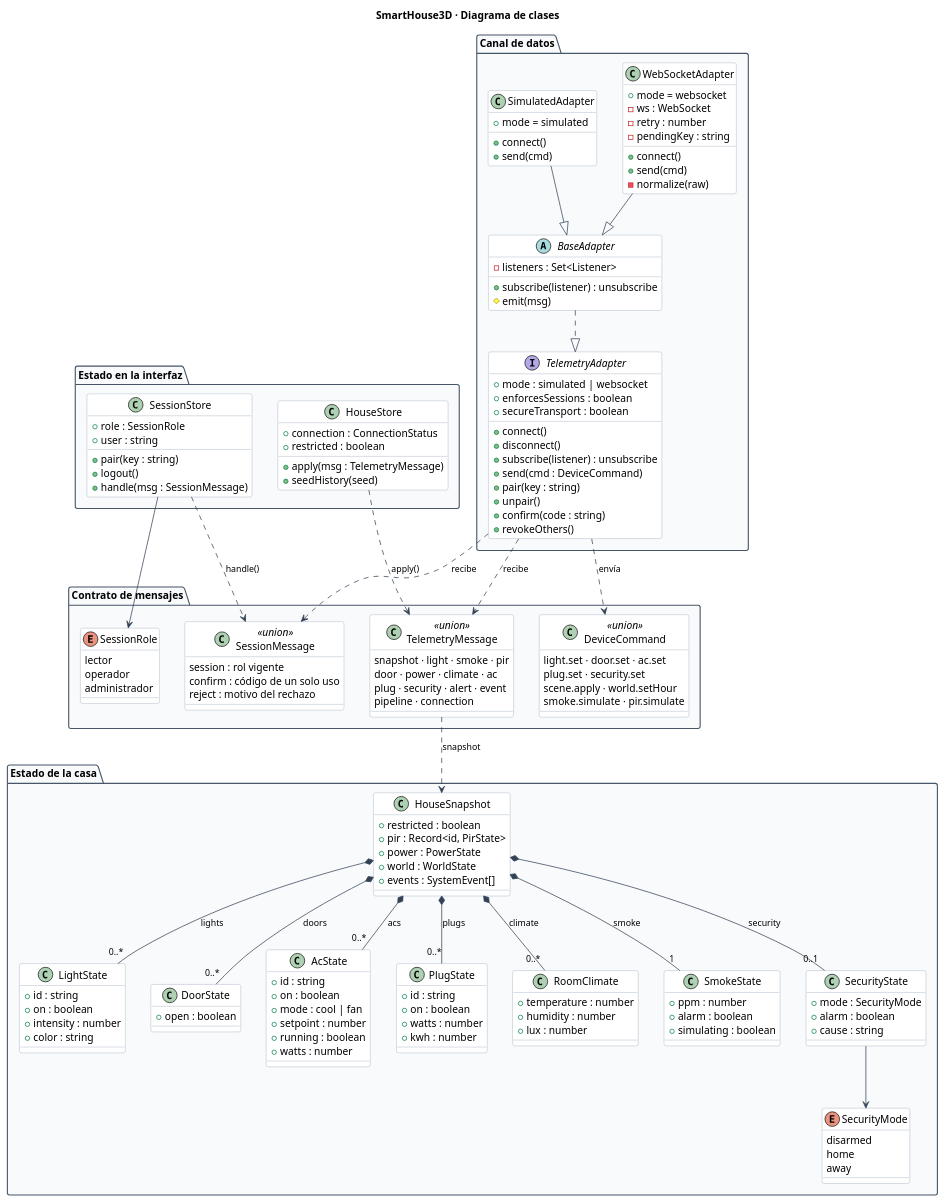
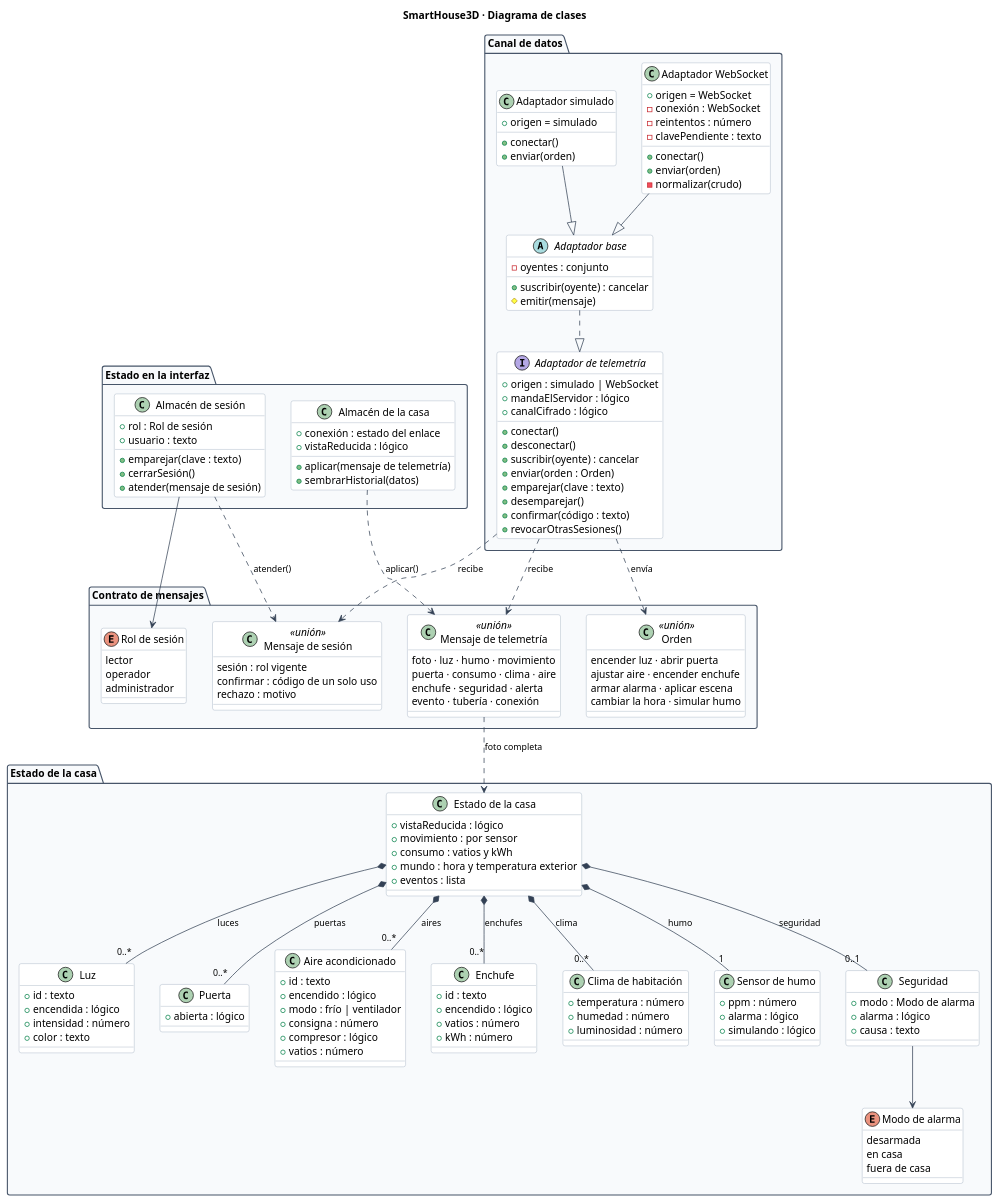
One commit to WilderG2004/SmartHouse3D changed the diagram in docs/diagramas/clases.puml. Above: the diagram before and after it, drawn with PlantUML. The commit also changed 3 other files, not shown here.

First line of the commit message:
Diagramas: clases y componentes, todo en español

```diff
--- a/docs/diagramas/clases.puml
+++ b/docs/diagramas/clases.puml
@@ -1,187 +1,189 @@
 @startuml clases
+' Los nombres se muestran en español; el alias de cada clase es el nombre real
+' que tiene en el código (src/types/iot.ts y src/services/telemetry/).
 title SmartHouse3D · Diagrama de clases
 
 skinparam backgroundColor White
 skinparam shadowing false
 skinparam defaultFontName Helvetica
 skinparam defaultFontSize 14
 skinparam roundcorner 6
 skinparam ArrowColor #334155
 skinparam ArrowFontSize 12
 skinparam nodesep 35
 skinparam ranksep 55
 skinparam package {
   BackgroundColor #F8FAFC
   BorderColor #475569
 }
 skinparam class {
   BackgroundColor #FFFFFF
   BorderColor #94A3B8
 }
 
 package "Canal de datos" {
-  interface TelemetryAdapter {
-    +mode : simulated | websocket
-    +enforcesSessions : boolean
-    +secureTransport : boolean
-    +connect()
-    +disconnect()
-    +subscribe(listener) : unsubscribe
-    +send(cmd : DeviceCommand)
-    +pair(key : string)
-    +unpair()
-    +confirm(code : string)
-    +revokeOthers()
+  interface "Adaptador de telemetría" as TelemetryAdapter {
+    +origen : simulado | WebSocket
+    +mandaElServidor : lógico
+    +canalCifrado : lógico
+    +conectar()
+    +desconectar()
+    +suscribir(oyente) : cancelar
+    +enviar(orden : Orden)
+    +emparejar(clave : texto)
+    +desemparejar()
+    +confirmar(código : texto)
+    +revocarOtrasSesiones()
   }
 
-  abstract class BaseAdapter {
-    -listeners : Set<Listener>
-    +subscribe(listener) : unsubscribe
-    #emit(msg)
+  abstract class "Adaptador base" as BaseAdapter {
+    -oyentes : conjunto
+    +suscribir(oyente) : cancelar
+    #emitir(mensaje)
   }
 
-  class WebSocketAdapter {
-    +mode = websocket
-    -ws : WebSocket
-    -retry : number
-    -pendingKey : string
-    +connect()
-    +send(cmd)
-    -normalize(raw)
+  class "Adaptador WebSocket" as WebSocketAdapter {
+    +origen = WebSocket
+    -conexión : WebSocket
+    -reintentos : número
+    -clavePendiente : texto
+    +conectar()
+    +enviar(orden)
+    -normalizar(crudo)
   }
 
-  class SimulatedAdapter {
-    +mode = simulated
-    +connect()
-    +send(cmd)
+  class "Adaptador simulado" as SimulatedAdapter {
+    +origen = simulado
+    +conectar()
+    +enviar(orden)
   }
 
   BaseAdapter ..|> TelemetryAdapter
   WebSocketAdapter --|> BaseAdapter
   SimulatedAdapter --|> BaseAdapter
 }
 
 package "Contrato de mensajes" {
-  class TelemetryMessage <<union>> {
-    snapshot · light · smoke · pir
-    door · power · climate · ac
-    plug · security · alert · event
-    pipeline · connection
+  class "Mensaje de telemetría" as TelemetryMessage <<unión>> {
+    foto · luz · humo · movimiento
+    puerta · consumo · clima · aire
+    enchufe · seguridad · alerta
+    evento · tubería · conexión
   }
 
-  class DeviceCommand <<union>> {
-    light.set · door.set · ac.set
-    plug.set · security.set
-    scene.apply · world.setHour
-    smoke.simulate · pir.simulate
+  class "Orden" as DeviceCommand <<unión>> {
+    encender luz · abrir puerta
+    ajustar aire · encender enchufe
+    armar alarma · aplicar escena
+    cambiar la hora · simular humo
   }
 
-  class SessionMessage <<union>> {
-    session : rol vigente
-    confirm : código de un solo uso
-    reject : motivo del rechazo
+  class "Mensaje de sesión" as SessionMessage <<unión>> {
+    sesión : rol vigente
+    confirmar : código de un solo uso
+    rechazo : motivo
   }
 
-  enum SessionRole {
+  enum "Rol de sesión" as SessionRole {
     lector
     operador
     administrador
   }
 }
 
 package "Estado de la casa" {
-  class HouseSnapshot {
-    +restricted : boolean
-    +pir : Record<id, PirState>
-    +power : PowerState
-    +world : WorldState
-    +events : SystemEvent[]
+  class "Estado de la casa" as HouseSnapshot {
+    +vistaReducida : lógico
+    +movimiento : por sensor
+    +consumo : vatios y kWh
+    +mundo : hora y temperatura exterior
+    +eventos : lista
   }
 
-  class LightState {
-    +id : string
-    +on : boolean
-    +intensity : number
-    +color : string
+  class "Luz" as LightState {
+    +id : texto
+    +encendida : lógico
+    +intensidad : número
+    +color : texto
   }
 
-  class DoorState {
-    +open : boolean
+  class "Puerta" as DoorState {
+    +abierta : lógico
   }
 
-  class AcState {
-    +id : string
-    +on : boolean
-    +mode : cool | fan
-    +setpoint : number
-    +running : boolean
-    +watts : number
+  class "Aire acondicionado" as AcState {
+    +id : texto
+    +encendido : lógico
+    +modo : frío | ventilador
+    +consigna : número
+    +compresor : lógico
+    +vatios : número
   }
 
-  class PlugState {
-    +id : string
-    +on : boolean
-    +watts : number
-    +kwh : number
+  class "Enchufe" as PlugState {
+    +id : texto
+    +encendido : lógico
+    +vatios : número
+    +kWh : número
   }
 
-  class RoomClimate {
-    +temperature : number
-    +humidity : number
-    +lux : number
+  class "Clima de habitación" as RoomClimate {
+    +temperatura : número
+    +humedad : número
+    +luminosidad : número
   }
 
-  class SmokeState {
-    +ppm : number
-    +alarm : boolean
-    +simulating : boolean
+  class "Sensor de humo" as SmokeState {
+    +ppm : número
+    +alarma : lógico
+    +simulando : lógico
   }
 
-  class SecurityState {
-    +mode : SecurityMode
-    +alarm : boolean
-    +cause : string
+  class "Seguridad" as SecurityState {
+    +modo : Modo de alarma
+    +alarma : lógico
+    +causa : texto
   }
 
-  enum SecurityMode {
-    disarmed
-    home
-    away
+  enum "Modo de alarma" as SecurityMode {
+    desarmada
+    en casa
+    fuera de casa
   }
 
-  HouseSnapshot *-- "0..*" LightState : lights
-  HouseSnapshot *-- "0..*" DoorState : doors
-  HouseSnapshot *-- "0..*" AcState : acs
-  HouseSnapshot *-- "0..*" PlugState : plugs
-  HouseSnapshot *-- "0..*" RoomClimate : climate
-  HouseSnapshot *-- "1" SmokeState : smoke
-  HouseSnapshot *-- "0..1" SecurityState : security
+  HouseSnapshot *-- "0..*" LightState : luces
+  HouseSnapshot *-- "0..*" DoorState : puertas
+  HouseSnapshot *-- "0..*" AcState : aires
+  HouseSnapshot *-- "0..*" PlugState : enchufes
+  HouseSnapshot *-- "0..*" RoomClimate : clima
+  HouseSnapshot *-- "1" SmokeState : humo
+  HouseSnapshot *-- "0..1" SecurityState : seguridad
   SecurityState --> SecurityMode
 }
 
 package "Estado en la interfaz" {
-  class HouseStore {
-    +connection : ConnectionStatus
-    +restricted : boolean
-    +apply(msg : TelemetryMessage)
-    +seedHistory(seed)
+  class "Almacén de la casa" as HouseStore {
+    +conexión : estado del enlace
+    +vistaReducida : lógico
+    +aplicar(mensaje de telemetría)
+    +sembrarHistorial(datos)
   }
 
-  class SessionStore {
-    +role : SessionRole
-    +user : string
-    +pair(key : string)
-    +logout()
-    +handle(msg : SessionMessage)
+  class "Almacén de sesión" as SessionStore {
+    +rol : Rol de sesión
+    +usuario : texto
+    +emparejar(clave : texto)
+    +cerrarSesión()
+    +atender(mensaje de sesión)
   }
 }
 
 TelemetryAdapter ..> DeviceCommand : "envía"
 TelemetryAdapter ..> TelemetryMessage : "recibe"
 TelemetryAdapter ..> SessionMessage : "recibe"
-TelemetryMessage ..> HouseSnapshot : "snapshot"
-HouseStore ..> TelemetryMessage : "apply()"
-SessionStore ..> SessionMessage : "handle()"
+TelemetryMessage ..> HouseSnapshot : "foto completa"
+HouseStore ..> TelemetryMessage : "aplicar()"
+SessionStore ..> SessionMessage : "atender()"
 SessionStore --> SessionRole
 
 @enduml
```
